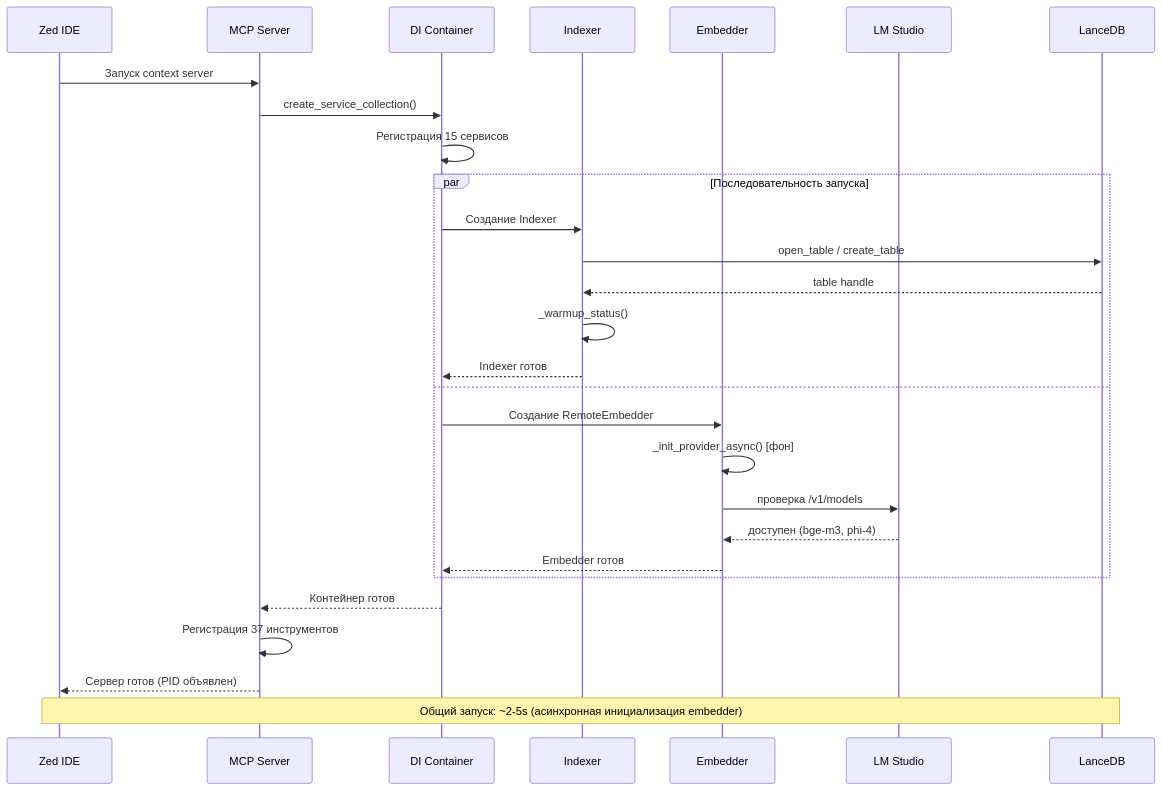
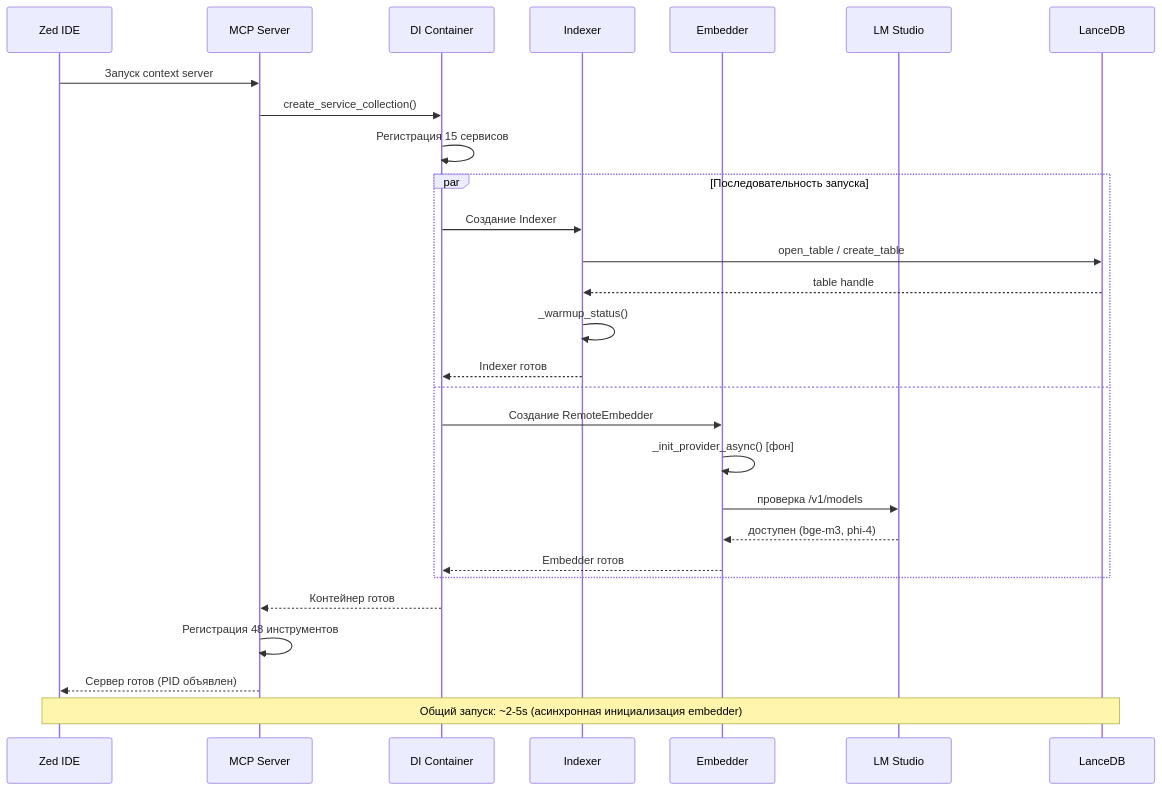
One commit to ManSio/mscodebase-intelligence changed the fifth of 8 diagrams in docs/ru/ARCHITECTURE_DEEP.md. Above: the diagram before and after it, drawn with Mermaid. The commit also changed other lines of this file and 16 other files, not shown here.

````diff
--- a/docs/ru/ARCHITECTURE_DEEP.md
+++ b/docs/ru/ARCHITECTURE_DEEP.md
@@ -179,34 +179,34 @@
 ```mermaid
 sequenceDiagram
     participant Zed as Zed IDE
     participant MCP as MCP Server
     participant DI as DI Container
     participant IX as Indexer
     participant EM as Embedder
     participant LM as LM Studio
     participant DB as LanceDB
 
     Zed->>MCP: Запуск context server
     MCP->>DI: create_service_collection()
     DI->>DI: Регистрация 15 сервисов
     
     par Последовательность запуска
         DI->>IX: Создание Indexer
         IX->>DB: open_table / create_table
         DB-->>IX: table handle
         IX->>IX: _warmup_status()
         IX-->>DI: Indexer готов
     and
         DI->>EM: Создание RemoteEmbedder
         EM->>EM: _init_provider_async() [фон]
         EM->>LM: проверка /v1/models
         LM-->>EM: доступен (bge-m3, phi-4)
         EM-->>DI: Embedder готов
     end
     
     DI-->>MCP: Контейнер готов
-    MCP->>MCP: Регистрация 37 инструментов
+    MCP->>MCP: Регистрация 48 инструментов
     MCP-->>Zed: Сервер готов (PID объявлен)
     
     Note over Zed,DB: Общий запуск: ~2-5s (асинхронная инициализация embedder)
 ```
````
